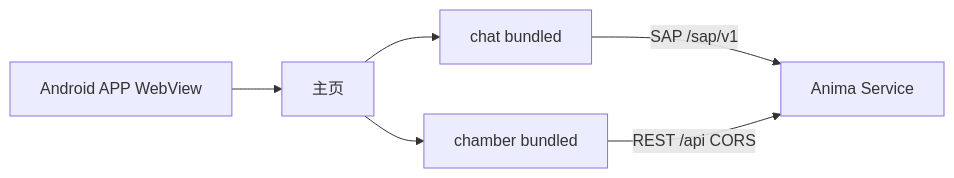
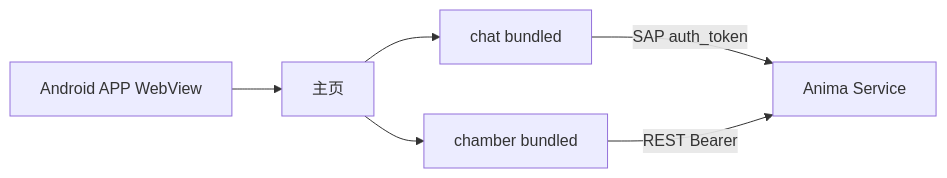
The diagram in docs/features/mobile-app.md (freeanima-org/freeanima), drawn with Mermaid before and after one commit. The commit also changed other lines of this file and 74 other files, not shown here.

First line of the commit message:
feat(platform): Hub remote_auth 与客户端 Hub 配置

````diff
--- a/docs/features/mobile-app.md
+++ b/docs/features/mobile-app.md
@@ -21,14 +21,14 @@
 ```mermaid
 flowchart LR
   Phone[Android APP WebView]
   Home[主页]
   Chat[chat bundled]
   Chamber[chamber bundled]
   Hub[Anima Service]
 
   Phone --> Home
   Home --> Chat
   Home --> Chamber
-  Chat -->|SAP /sap/v1| Hub
-  Chamber -->|REST /api CORS| Hub
+  Chat -->|SAP auth_token| Hub
+  Chamber -->|REST Bearer| Hub
 ```
````
